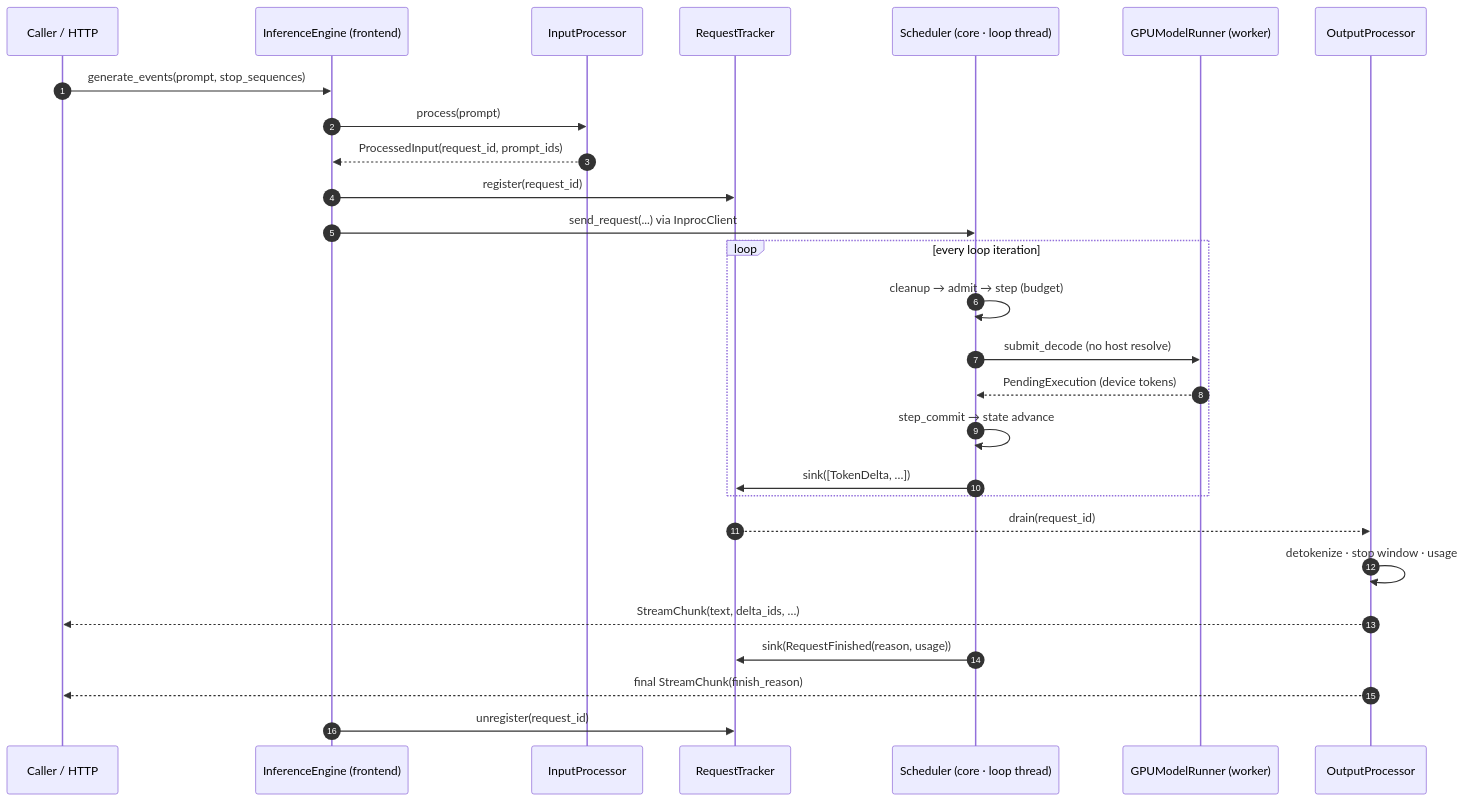
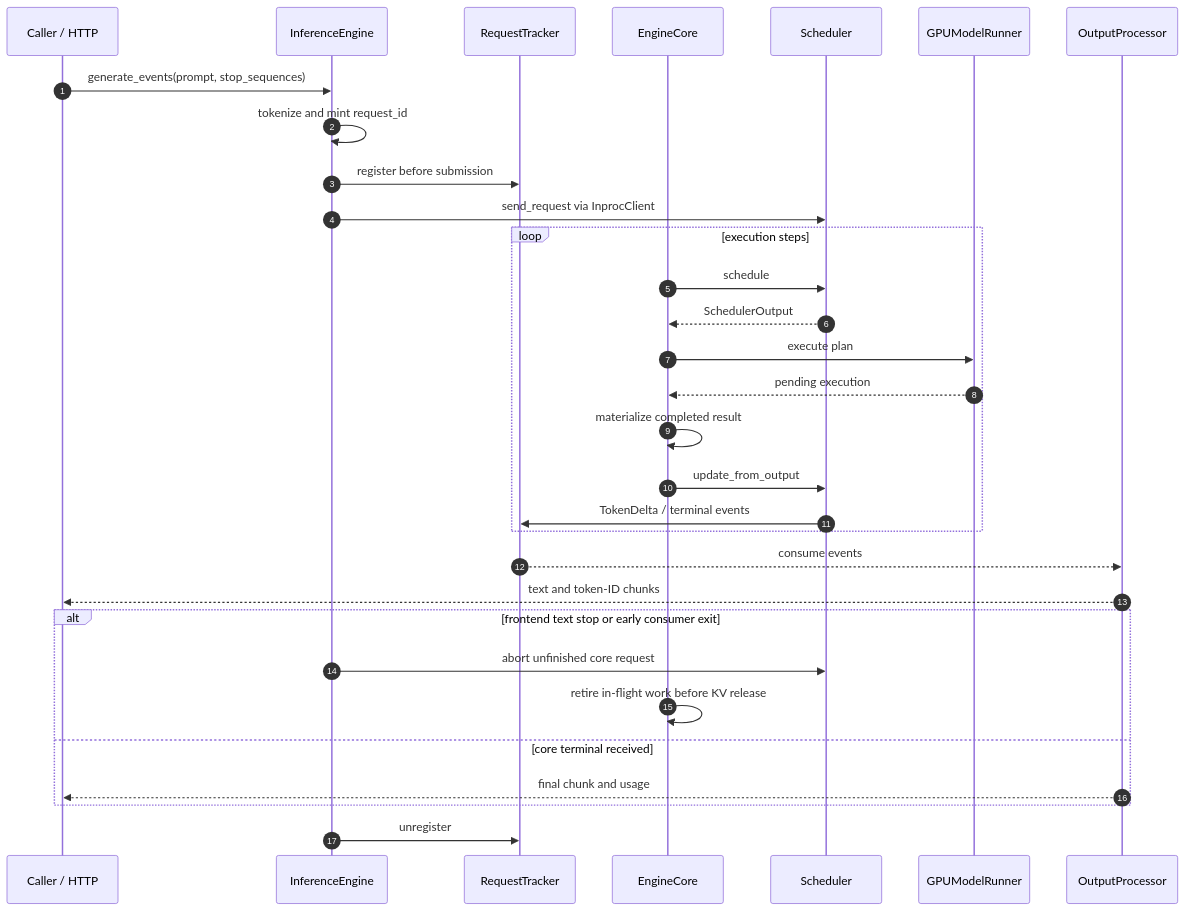
Before and after one commit to 0z5a/AstrAI: the diagram in docs/developer/inference/events.md, drawn with Mermaid. The commit also changed other lines of this file and 4 other files, not shown here.

First line of the commit message:
docs: align inference layer docs with the EngineCore refactor

````diff
--- a/docs/developer/inference/events.md
+++ b/docs/developer/inference/events.md
@@ -9,30 +9,34 @@
 ```mermaid
 sequenceDiagram
     autonumber
     participant C as Caller / HTTP
-    participant E as InferenceEngine (frontend)
-    participant IP as InputProcessor
+    participant E as InferenceEngine
     participant T as RequestTracker
-    participant S as Scheduler (core · loop thread)
-    participant R as GPUModelRunner (worker)
-    participant OP as OutputProcessor
+    participant D as EngineCore
+    participant S as Scheduler
+    participant W as GPUModelRunner
+    participant O as OutputProcessor
 
     C->>E: generate_events(prompt, stop_sequences)
-    E->>IP: process(prompt)
-    IP-->>E: ProcessedInput(request_id, prompt_ids)
-    E->>T: register(request_id)
-    E->>S: send_request(...) via InprocClient
-    loop every loop iteration
-        S->>S: cleanup → admit → step (budget)
-        S->>R: submit_decode (no host resolve)
-        R-->>S: PendingExecution (device tokens)
-        S->>S: step_commit → state advance
-        S->>T: sink([TokenDelta, …])
+    E->>E: tokenize and mint request_id
+    E->>T: register before submission
+    E->>S: send_request via InprocClient
+    loop execution steps
+        D->>S: schedule
+        S-->>D: SchedulerOutput
+        D->>W: execute plan
+        W-->>D: pending execution
+        D->>D: materialize completed result
+        D->>S: update_from_output
+        S->>T: TokenDelta / terminal events
     end
-    T-->>OP: drain(request_id)
-    OP->>OP: detokenize · stop window · usage
-    OP-->>C: StreamChunk(text, delta_ids, …)
-    S->>T: sink(RequestFinished(reason, usage))
-    OP-->>C: final StreamChunk(finish_reason)
-    E->>T: unregister(request_id)
+    T-->>O: consume events
+    O-->>C: text and token-ID chunks
+    alt frontend text stop or early consumer exit
+        E->>S: abort unfinished core request
+        D->>D: retire in-flight work before KV release
+    else core terminal received
+        O-->>C: final chunk and usage
+    end
+    E->>T: unregister
 ```
````
